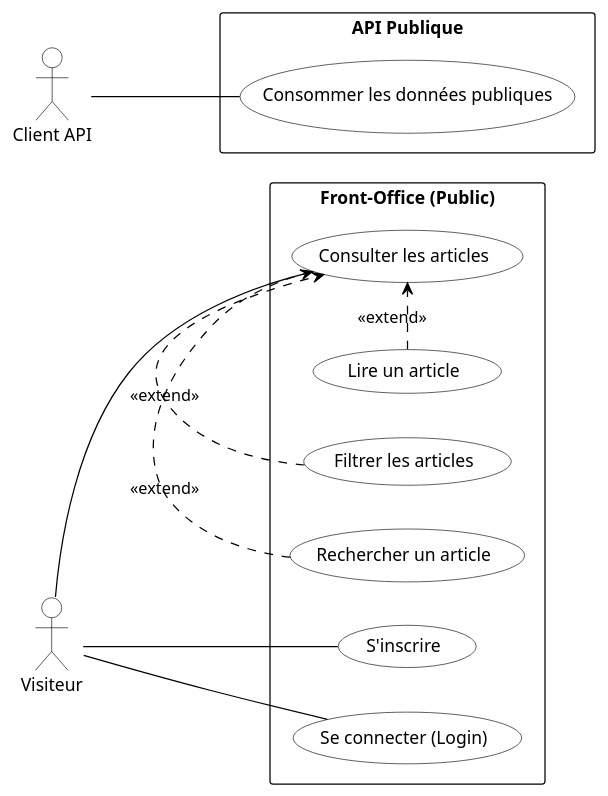
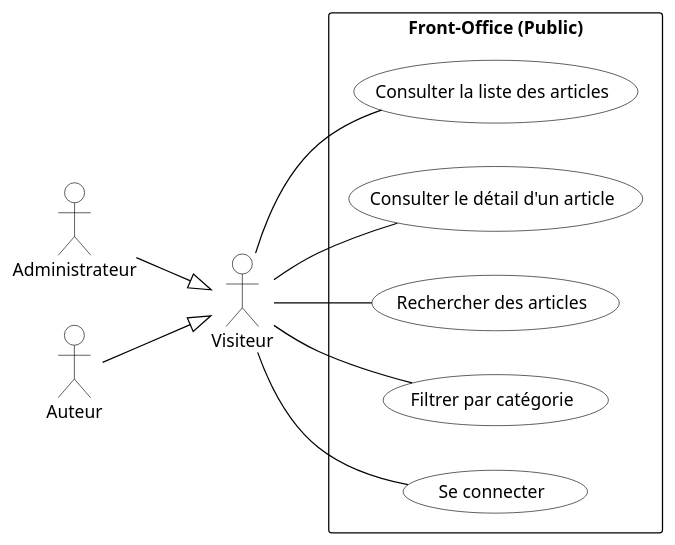
Before and after one commit to labs-web/projet-technique: the diagram in docs/2.analyse/global/usecase-public.puml, drawn with PlantUML. The commit also changed 3 other files, not shown here.

```diff
--- a/docs/2.analyse/global/usecase-public.puml
+++ b/docs/2.analyse/global/usecase-public.puml
@@ -1,40 +1,36 @@
 @startuml
 left to right direction
 skinparam packageStyle rectangle
 
 ' Schéma de couleurs : noir sur blanc uniquement
 skinparam actorBackgroundColor white
 skinparam actorBorderColor black
 skinparam usecaseBackgroundColor white
 skinparam usecaseBorderColor black
 skinparam packageBackgroundColor white
 skinparam packageBorderColor black
 skinparam arrowColor black
 
-actor "Visiteur" as Visitor
-actor "Client API" as ApiClient
+actor "Visiteur" as Guest
+actor "Administrateur" as Admin
+actor "Auteur" as Author
 
 rectangle "Front-Office (Public)" {
-  usecase "Consulter les articles" as UC_View_Articles
-  usecase "Lire un article" as UC_Read_Article
-  usecase "Filtrer les articles" as UC_Filter_Articles
-  usecase "Rechercher un article" as UC_Search_Article
-  usecase "S'inscrire" as UC_Register
-  usecase "Se connecter (Login)" as UC_Login
-  
-  UC_Read_Article .> UC_View_Articles : <<extend>>
-  UC_Filter_Articles .> UC_View_Articles : <<extend>>
-  UC_Search_Article .> UC_View_Articles : <<extend>>
+  usecase "Consulter la liste des articles" as UC_List_Articles
+  usecase "Consulter le détail d'un article" as UC_Show_Article
+  usecase "Rechercher des articles" as UC_Search_Articles
+  usecase "Filtrer par catégorie" as UC_Filter_Category
+  usecase "Se connecter" as UC_Login
 }
 
-rectangle "API Publique" {
-  usecase "Consommer les données publiques" as UC_Api_Public
-}
+Guest -- UC_List_Articles
+Guest -- UC_Show_Article
+Guest -- UC_Search_Articles
+Guest -- UC_Filter_Category
+Guest -- UC_Login
 
-Visitor -- UC_View_Articles
-Visitor -- UC_Register
-Visitor -- UC_Login
-
-ApiClient -- UC_Api_Public
+' Généralisation : Les utilisateurs authentifiés peuvent aussi naviguer
+Admin --|> Guest
+Author --|> Guest
 
 @enduml
```
